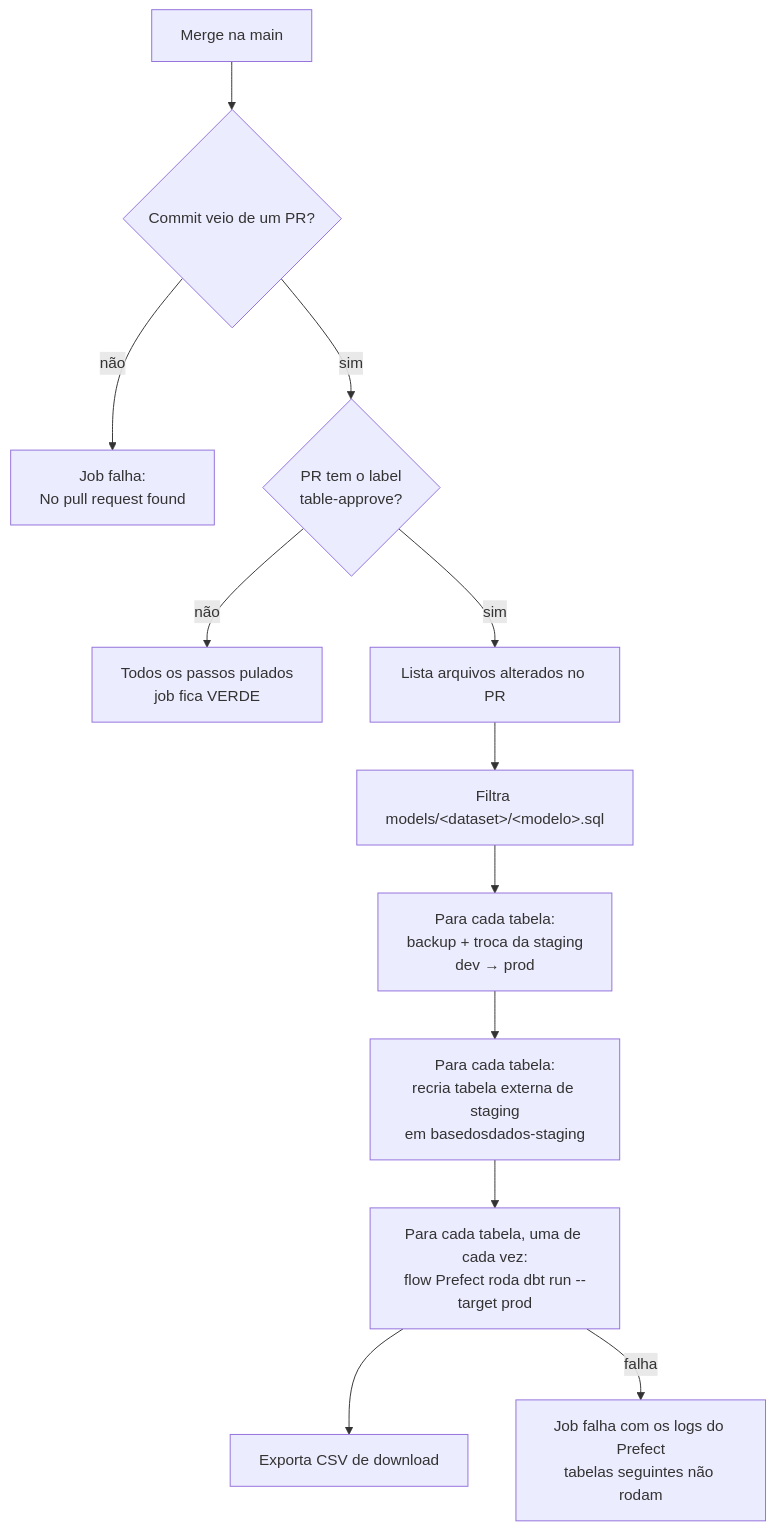
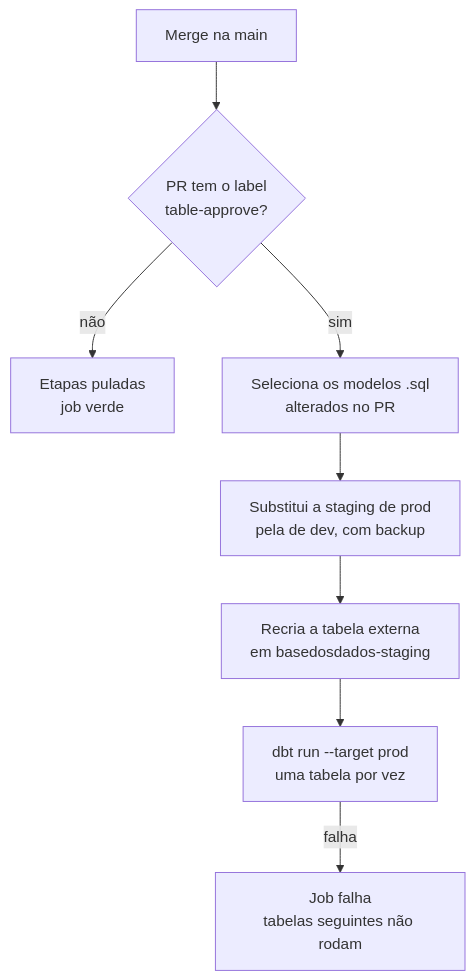
Before and after one commit to basedosdados/manual-equipe-dados: the diagram in docs/pipelines/explicacao/table-approve.md, drawn with Mermaid. The commit also changed other lines of this file, not shown here.

First line of the commit message:
docs: enxuga a explicação do table-approve no padrão das demais explicações

````diff
--- a/docs/pipelines/explicacao/table-approve.md
+++ b/docs/pipelines/explicacao/table-approve.md
@@ -46,14 +31,10 @@
 ```mermaid
 flowchart TD
-    A[Merge na main] --> B{Commit veio de um PR?}
-    B -- não --> X1[Job falha:<br/>No pull request found]
-    B -- sim --> C{PR tem o label<br/>table-approve?}
-    C -- não --> X2[Todos os passos pulados<br/>job fica VERDE]
-    C -- sim --> D[Lista arquivos alterados no PR]
-    D --> E[Filtra models/&lt;dataset&gt;/&lt;modelo&gt;.sql]
-    E --> F[Para cada tabela:<br/>backup + troca da staging<br/>dev → prod]
-    F --> G[Para cada tabela:<br/>recria tabela externa de staging<br/>em basedosdados-staging]
-    G --> H[Para cada tabela, uma de cada vez:<br/>flow Prefect roda dbt run --target prod]
-    H --> I[Exporta CSV de download]
-    H -- falha --> X3[Job falha com os logs do Prefect<br/>tabelas seguintes não rodam]
+    A[Merge na main] --> C{PR tem o label<br/>table-approve?}
+    C -- não --> X[Etapas puladas<br/>job verde]
+    C -- sim --> D[Seleciona os modelos .sql<br/>alterados no PR]
+    D --> F[Substitui a staging de prod<br/>pela de dev, com backup]
+    F --> G[Recria a tabela externa<br/>em basedosdados-staging]
+    G --> H[dbt run --target prod<br/>uma tabela por vez]
+    H -- falha --> Y[Job falha<br/>tabelas seguintes não rodam]
 ```
````
